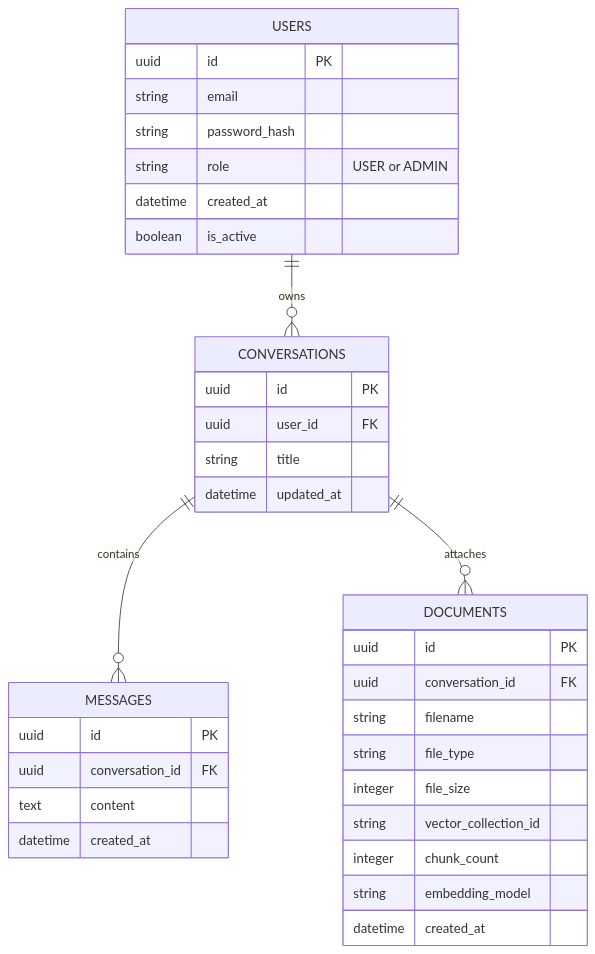
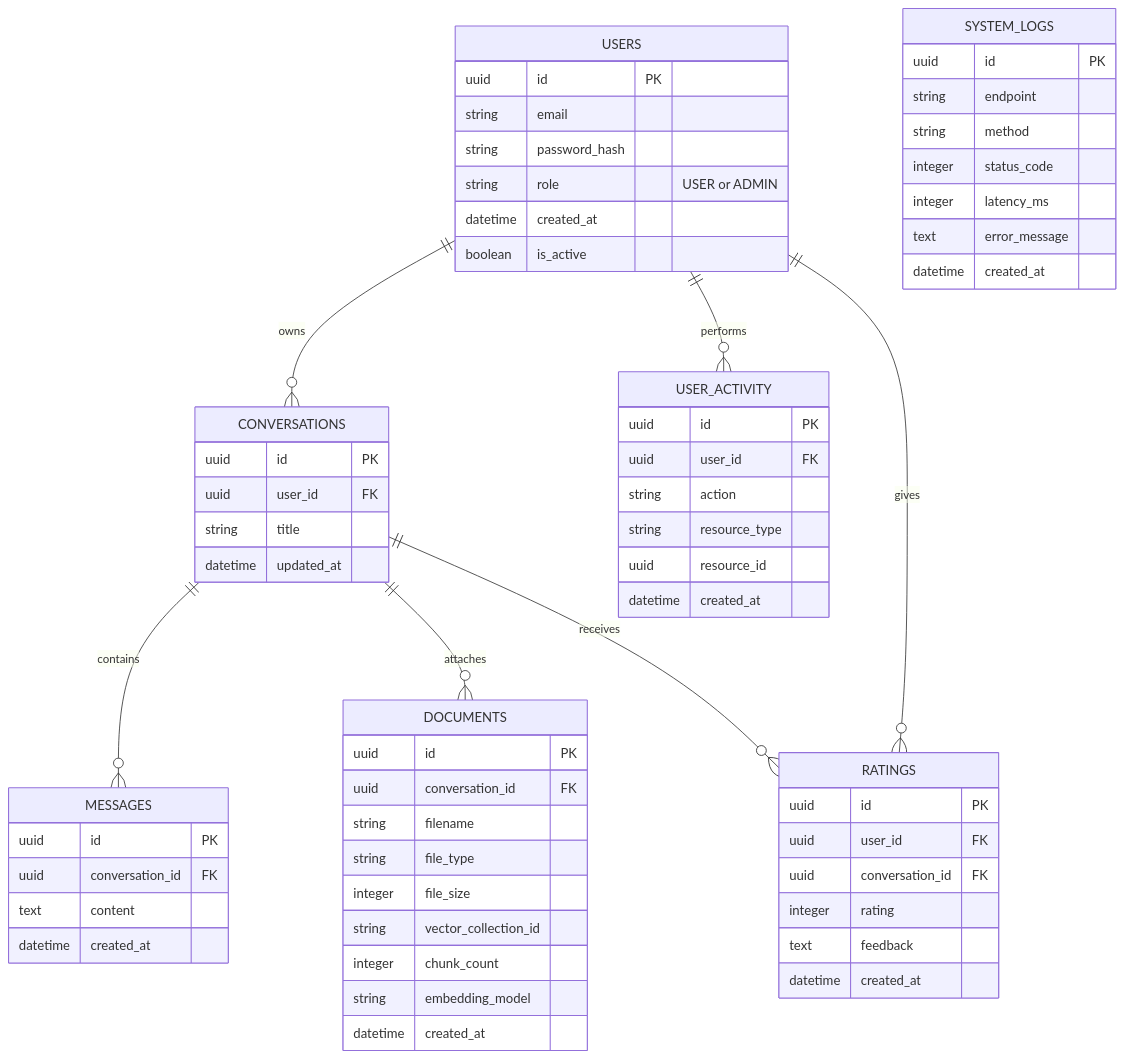
Before and after one commit to kienng221105/Summarize-Vietnamese-Text: the second of 6 diagrams in README.md, drawn with Mermaid. The commit also changed other lines of this file, not shown here.

Commit message:
Architecture Updated

````diff
--- a/README.md
+++ b/README.md
@@ -38,48 +38,80 @@
 ```mermaid
 erDiagram
 
   USERS ||--o{ CONVERSATIONS : "owns"
 
   USERS {
     uuid id PK
     string email
     string password_hash
     string role "USER or ADMIN"
     datetime created_at
     boolean is_active
   }
 
   CONVERSATIONS ||--o{ MESSAGES : "contains"
+  CONVERSATIONS ||--o{ DOCUMENTS : "attaches"
+  CONVERSATIONS ||--o{ RATINGS : "receives"
 
   CONVERSATIONS {
     uuid id PK
     uuid user_id FK
     string title
     datetime updated_at
   }
 
   MESSAGES {
     uuid id PK
     uuid conversation_id FK
     text content
     datetime created_at
   }
 
-  CONVERSATIONS ||--o{ DOCUMENTS : "attaches"
+  DOCUMENTS {
+    uuid id PK  
+    uuid conversation_id FK  
+    
+    string filename  
+    string file_type  
+    integer file_size  
+    
+    string vector_collection_id  
+    
+    integer chunk_count  
+    string embedding_model  
+    
+    datetime created_at
+  }
 
-  DOCUMENTS {
-	uuid id PK  
-	uuid conversation_id FK  
-	  
-	string filename  
-	string file_type  
-	integer file_size  
-	  
-	string vector_collection_id  
-	  
-	integer chunk_count  
-	string embedding_model  
-	  
-	datetime created_at	   
+  USERS ||--o{ RATINGS : "gives"
+
+  RATINGS {
+    uuid id PK
+    uuid user_id FK
+    uuid conversation_id FK
+    integer rating
+    text feedback
+    datetime created_at
+  }
+
+  SYSTEM_LOGS {
+    uuid id PK
+    string endpoint
+    string method
+    integer status_code
+    integer latency_ms
+    text error_message
+    datetime created_at
+  }
+
+  USERS ||--o{ USER_ACTIVITY : "performs"
+
+  USER_ACTIVITY {
+    uuid id PK
+    uuid user_id FK
+    string action
+    string resource_type
+    uuid resource_id
+    datetime created_at
   }
 ```
````
